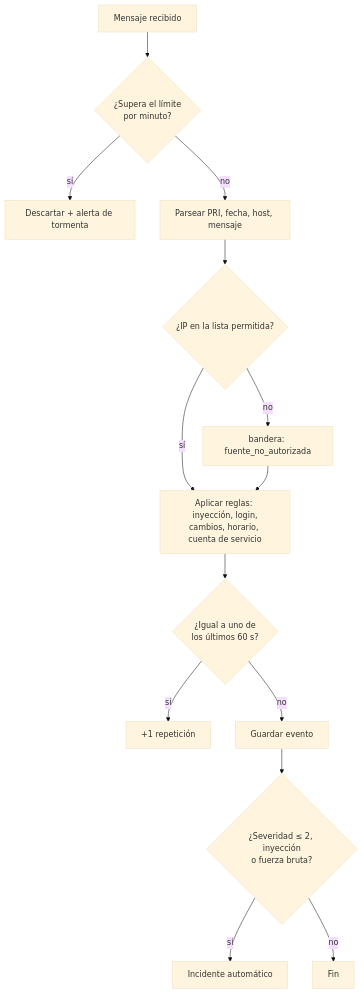
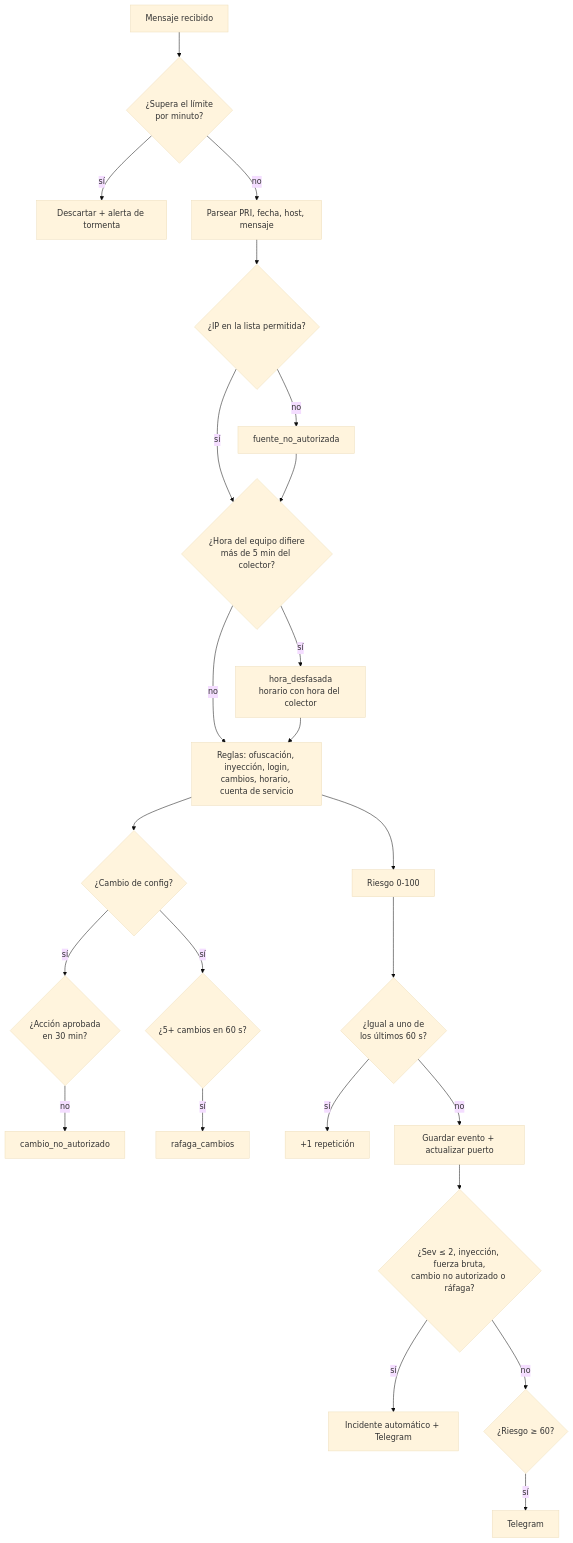
One commit to crisrodver8-ui/NOC-SYSLOG-Inteligente2 changed the second of 3 diagrams in docs/arquitectura.md. Above: the diagram before and after it, drawn with Mermaid (base theme). The commit also changed other lines of this file and 13 other files, not shown here.

````diff
--- a/docs/arquitectura.md
+++ b/docs/arquitectura.md
@@ -26,16 +34,26 @@
 ```mermaid
 flowchart TD
     M[Mensaje recibido] --> T{¿Supera el límite<br/>por minuto?}
     T -- sí --> D[Descartar + alerta de tormenta]
     T -- no --> PA[Parsear PRI, fecha, host, mensaje]
     PA --> E{¿IP en la lista permitida?}
-    E -- no --> B1[bandera: fuente_no_autorizada]
-    E -- sí --> PO
-    B1 --> PO[Aplicar reglas: inyección, login,<br/>cambios, horario, cuenta de servicio]
-    PO --> DU{¿Igual a uno de<br/>los últimos 60 s?}
+    E -- no --> B1[fuente_no_autorizada]
+    E -- sí --> HR
+    B1 --> HR{¿Hora del equipo difiere<br/>más de 5 min del colector?}
+    HR -- sí --> B2[hora_desfasada<br/>horario con hora del colector]
+    HR -- no --> PO
+    B2 --> PO[Reglas: ofuscación, inyección, login,<br/>cambios, horario, cuenta de servicio]
+    PO --> CO{¿Cambio de config?}
+    CO -- sí --> AP{¿Acción aprobada<br/>en 30 min?}
+    AP -- no --> B3[cambio_no_autorizado]
+    CO -- sí --> RF{¿5+ cambios en 60 s?}
+    RF -- sí --> B4[rafaga_cambios]
+    PO --> RI[Riesgo 0-100]
+    RI --> DU{¿Igual a uno de<br/>los últimos 60 s?}
     DU -- sí --> RP[+1 repetición]
-    DU -- no --> G[Guardar evento]
-    G --> INC{¿Severidad ≤ 2, inyección<br/>o fuerza bruta?}
-    INC -- sí --> NI[Incidente automático]
-    INC -- no --> FIN[Fin]
+    DU -- no --> G[Guardar evento + actualizar puerto]
+    G --> INC{¿Sev ≤ 2, inyección, fuerza bruta,<br/>cambio no autorizado o ráfaga?}
+    INC -- sí --> NI[Incidente automático + Telegram]
+    INC -- no --> AL{¿Riesgo ≥ 60?}
+    AL -- sí --> TG[Telegram]
 ```
````
